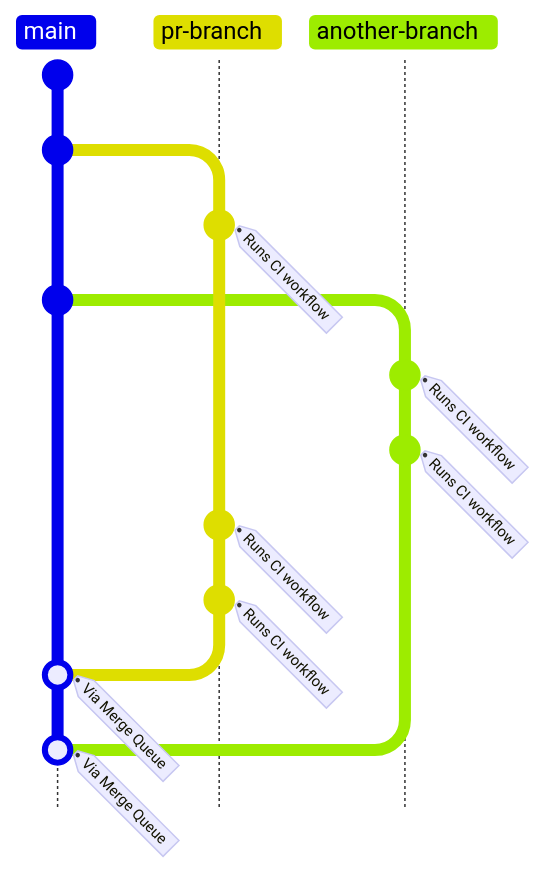
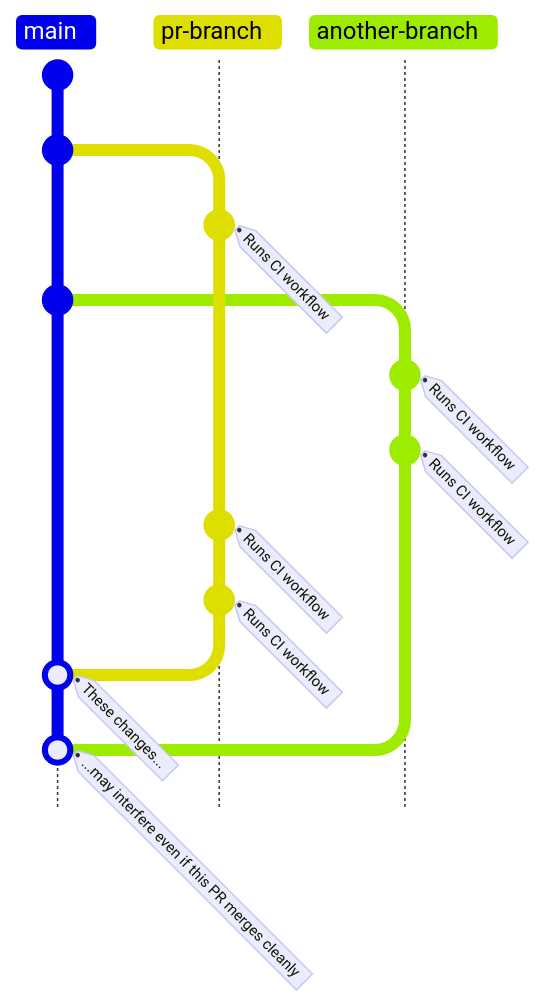
Before and after one commit to STEAM-Academy-PRO/revolution-robotics-robot-mind: the diagram in docs/ci.md, drawn with Mermaid. The commit also changed other lines of this file and 1 other file, not shown here. Commit ids are hidden.

Commit message:
Merge Queue is not availbale for us

````diff
--- a/docs/ci.md
+++ b/docs/ci.md
@@ -85,24 +84,24 @@
 ```mermaid
 %%{init: { 'gitGraph': {'showCommitLabel':false} } }%%
 gitGraph TB:
     commit
     commit
     branch pr-branch
     checkout pr-branch
     commit tag: "Runs CI workflow"
     checkout main
     commit
     branch another-branch
     checkout another-branch
     commit tag: "Runs CI workflow"
     commit tag: "Runs CI workflow"
     checkout pr-branch
     commit tag: "Runs CI workflow"
     checkout pr-branch
     commit tag: "Runs CI workflow"
     checkout main
-    merge pr-branch tag: "Via Merge Queue"
+    merge pr-branch tag: "These changes..."
     checkout another-branch
     checkout main
-    merge another-branch tag: "Via Merge Queue"
+    merge another-branch tag: "...may interfere even if this PR merges cleanly"
 ```
````
